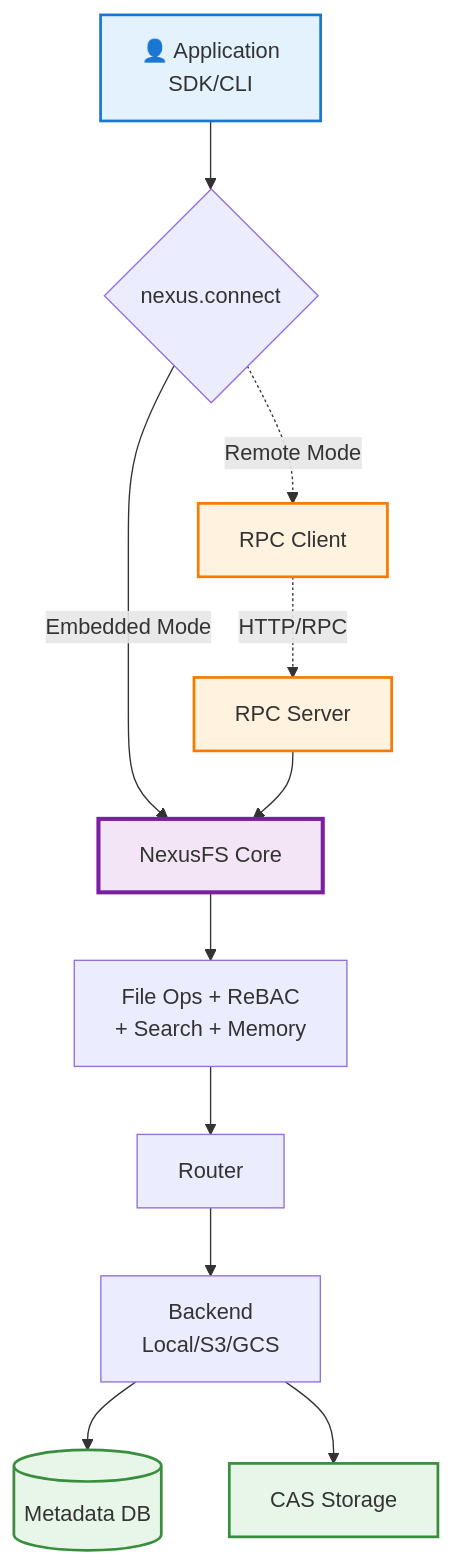
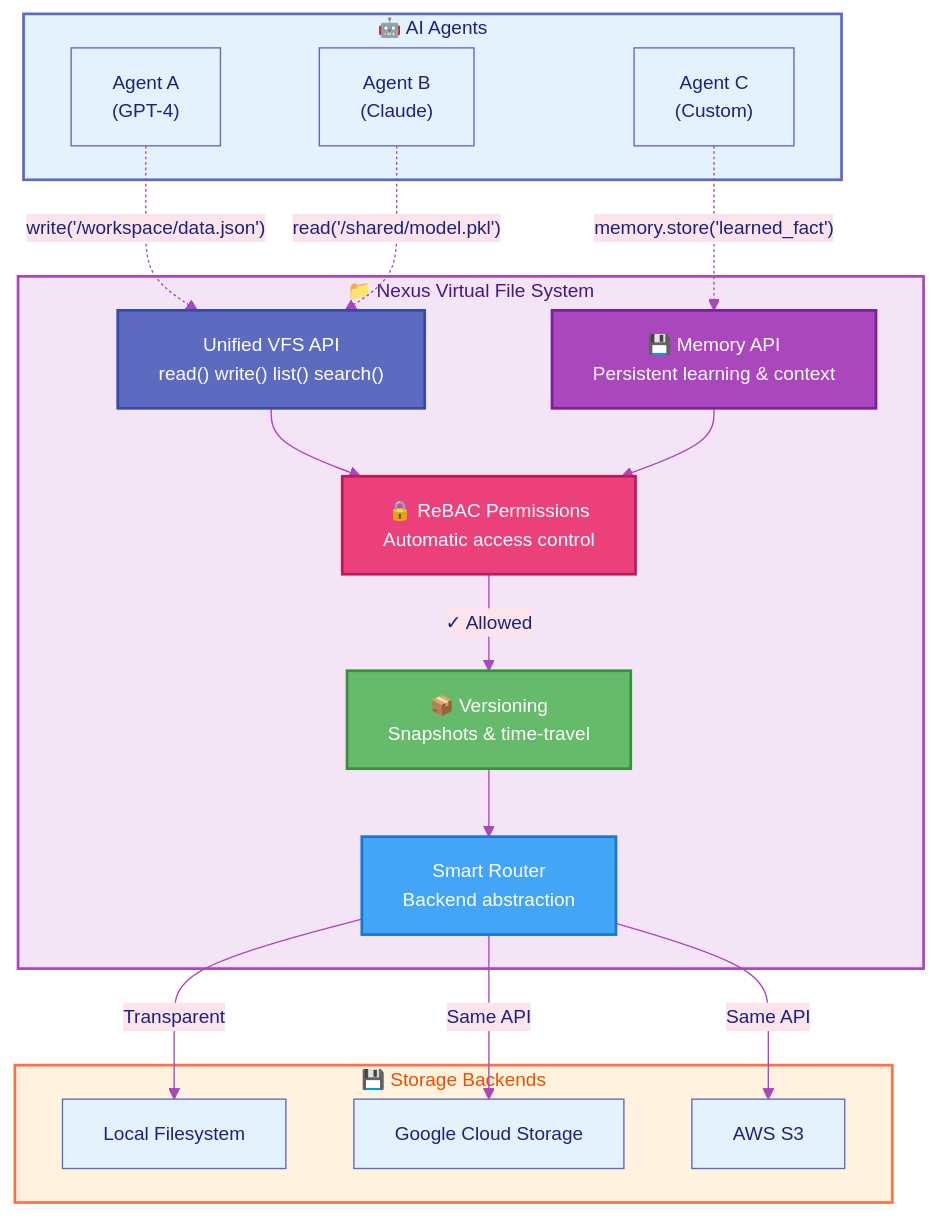
One commit to nexi-lab/nexus changed the diagram in README.md. Above: the diagram before and after it, drawn with Mermaid. The commit also changed 20 other files, not shown here.

````diff
--- a/README.md
+++ b/README.md
@@ -252,22 +252,44 @@
 ```mermaid
-flowchart TD
-    A[👤 Application<br/>SDK/CLI] --> B{nexus.connect}
+%%{init: {'theme':'base', 'themeVariables': { 'primaryColor':'#e3f2fd','primaryTextColor':'#1a237e','primaryBorderColor':'#5C6BC0','lineColor':'#AB47BC','secondaryColor':'#fce4ec','tertiaryColor':'#fff3e0','fontSize':'14px'}}}%%
+graph TB
+    subgraph agents[" 🤖 AI Agents "]
+        agent1["Agent A<br/>(GPT-4)"]
+        agent2["Agent B<br/>(Claude)"]
+        agent3["Agent C<br/>(Custom)"]
+    end
 
-    B -->|Embedded Mode| C[NexusFS Core]
-    B -.->|Remote Mode| D[RPC Client]
-    D -.HTTP/RPC.-> E[RPC Server]
-    E --> C
+    subgraph vfs[" 📁 Nexus Virtual File System "]
+        api["Unified VFS API<br/>read() write() list() search()"]
+        memory["💾 Memory API<br/>Persistent learning & context"]
+        rebac["🔒 ReBAC Permissions<br/>Automatic access control"]
+        version["📦 Versioning<br/>Snapshots & time-travel"]
+        router["Smart Router<br/>Backend abstraction"]
+    end
 
-    C --> F[File Ops + ReBAC<br/>+ Search + Memory]
-    F --> G[Router]
-    G --> H[Backend<br/>Local/S3/GCS]
-    H --> I[(Metadata DB)]
-    H --> J[CAS Storage]
+    subgraph backends[" 💾 Storage Backends "]
+        local["Local Filesystem"]
+        gcs["Google Cloud Storage"]
+        s3["AWS S3"]
+    end
 
-    style A fill:#e3f2fd,stroke:#1976d2,stroke-width:2px
-    style C fill:#f3e5f5,stroke:#7b1fa2,stroke-width:3px
-    style D fill:#fff3e0,stroke:#f57c00,stroke-width:2px
-    style E fill:#fff3e0,stroke:#f57c00,stroke-width:2px
-    style I fill:#e8f5e9,stroke:#388e3c,stroke-width:2px
-    style J fill:#e8f5e9,stroke:#388e3c,stroke-width:2px
+    agent1 -.->|"write('/workspace/data.json')"| api
+    agent2 -.->|"read('/shared/model.pkl')"| api
+    agent3 -.->|"memory.store('learned_fact')"| memory
+
+    api --> rebac
+    memory --> rebac
+    rebac -->|"✓ Allowed"| version
+    version --> router
+    router -->|"Transparent"| local
+    router -->|"Same API"| gcs
+    router -->|"Same API"| s3
+
+    style agents fill:#e3f2fd,stroke:#5C6BC0,stroke-width:2px,color:#1a237e
+    style vfs fill:#f3e5f5,stroke:#AB47BC,stroke-width:2px,color:#4a148c
+    style backends fill:#fff3e0,stroke:#FF7043,stroke-width:2px,color:#e65100
+    style api fill:#5C6BC0,stroke:#3949AB,stroke-width:2px,color:#fff
+    style memory fill:#AB47BC,stroke:#7B1FA2,stroke-width:2px,color:#fff
+    style rebac fill:#EC407A,stroke:#C2185B,stroke-width:2px,color:#fff
+    style version fill:#66BB6A,stroke:#388E3C,stroke-width:2px,color:#fff
+    style router fill:#42A5F5,stroke:#1976D2,stroke-width:2px,color:#fff
 ```
````
